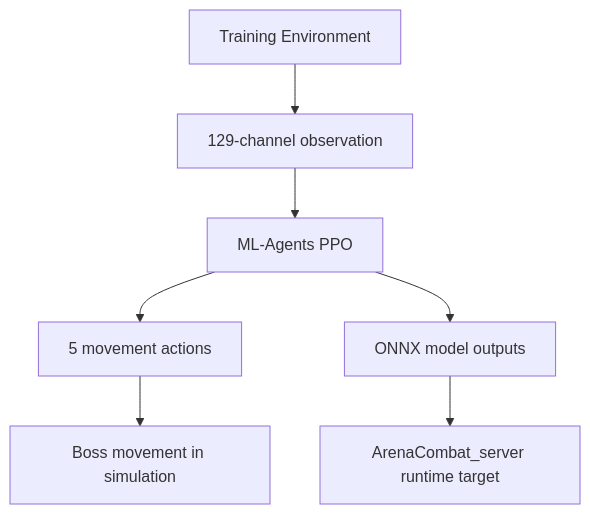
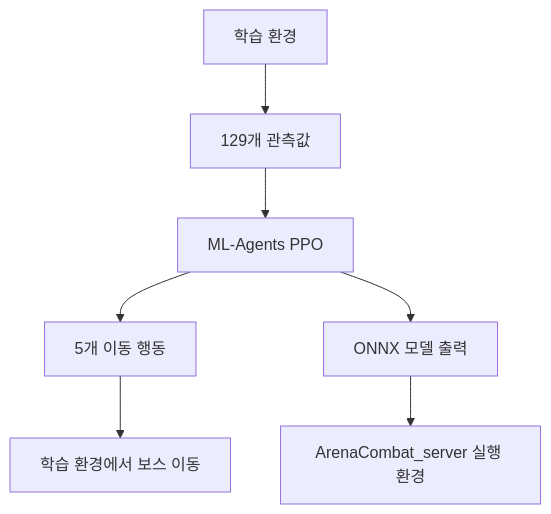
Before and after one commit to paek678/BuildUp: the diagram in README.md, drawn with Mermaid. The commit also changed other lines of this file and 202 other files, not shown here.

````diff
--- a/README.md
+++ b/README.md
@@ -36,9 +36,9 @@
 ```mermaid
 flowchart TD
-    Env["Training Environment"] --> Obs["129-channel observation"]
+    Env["학습 환경"] --> Obs["129개 관측값"]
     Obs --> PPO["ML-Agents PPO"]
-    PPO --> Act["5 movement actions"]
-    Act --> Sim["Boss movement in simulation"]
-    PPO --> ONNX["ONNX model outputs"]
-    ONNX --> Runtime["ArenaCombat_server runtime target"]
+    PPO --> Act["5개 이동 행동"]
+    Act --> Sim["학습 환경에서 보스 이동"]
+    PPO --> ONNX["ONNX 모델 출력"]
+    ONNX --> Runtime["ArenaCombat_server 실행 환경"]
 ```
````
